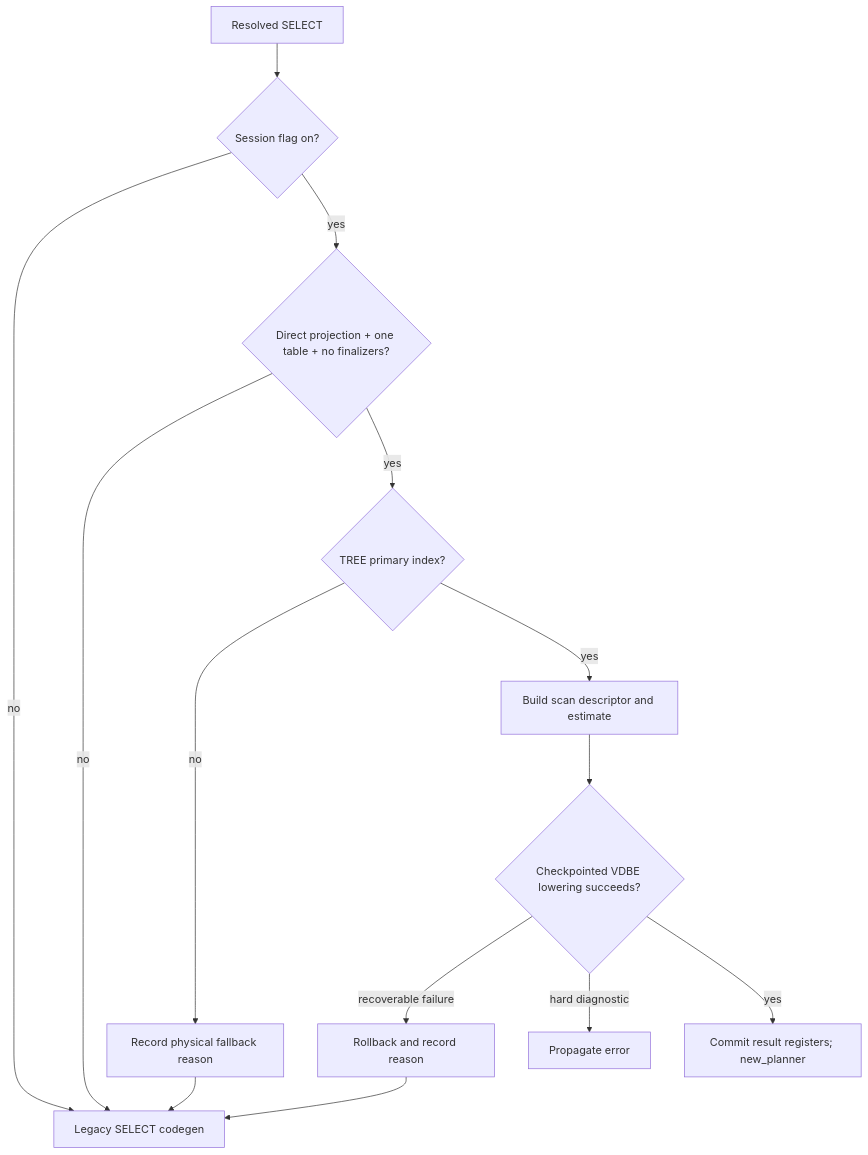
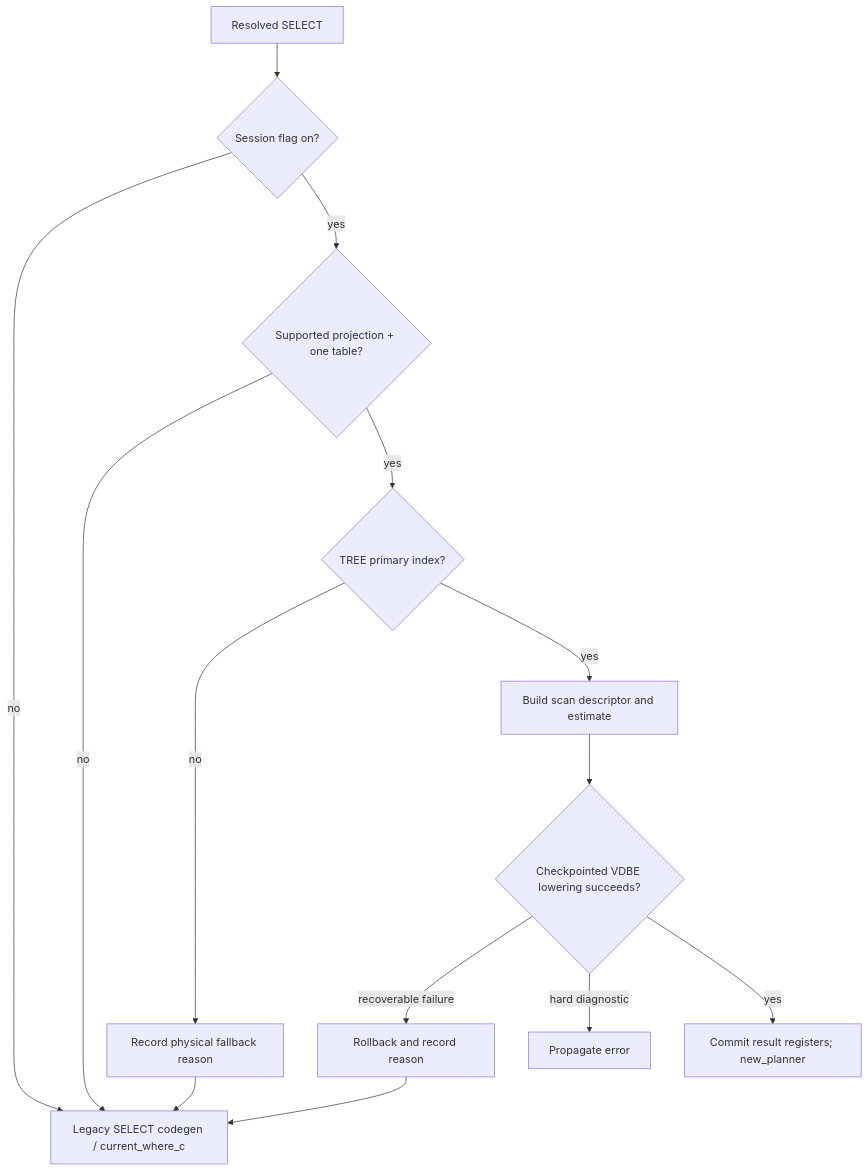
The diagram in docs/vdbe/physical_plan_descriptor.md (tsafin/tarantool-dsql), drawn with Mermaid before and after one commit. The commit also changed other lines of this file, not shown here.

````diff
--- a/docs/vdbe/physical_plan_descriptor.md
+++ b/docs/vdbe/physical_plan_descriptor.md
@@ -287,16 +291,16 @@
 ```mermaid
 flowchart TD
     A[Resolved SELECT] --> B{Session flag on?}
-    B -- no --> L[Legacy SELECT codegen]
-    B -- yes --> C{Direct projection + one table + no finalizers?}
+    B -- no --> L[Legacy SELECT codegen / current_where_c]
+    B -- yes --> C{Supported projection + one table?}
     C -- no --> L
     C -- yes --> D{TREE primary index?}
     D -- no --> F[Record physical fallback reason]
     F --> L
     D -- yes --> E[Build scan descriptor and estimate]
     E --> G{Checkpointed VDBE lowering succeeds?}
     G -- recoverable failure --> H[Rollback and record reason]
     H --> L
     G -- hard diagnostic --> X[Propagate error]
     G -- yes --> N[Commit result registers; new_planner]
 ```
````
